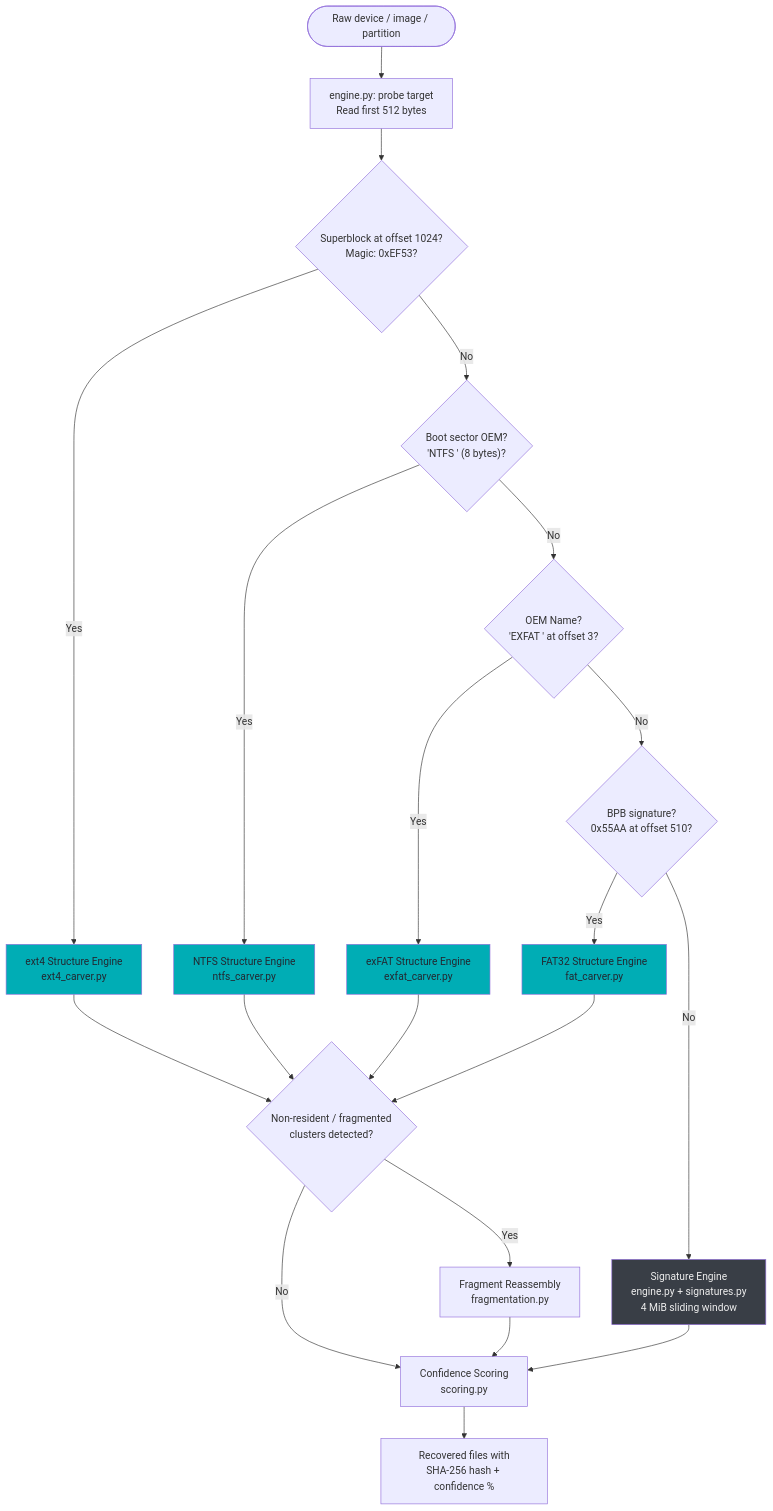
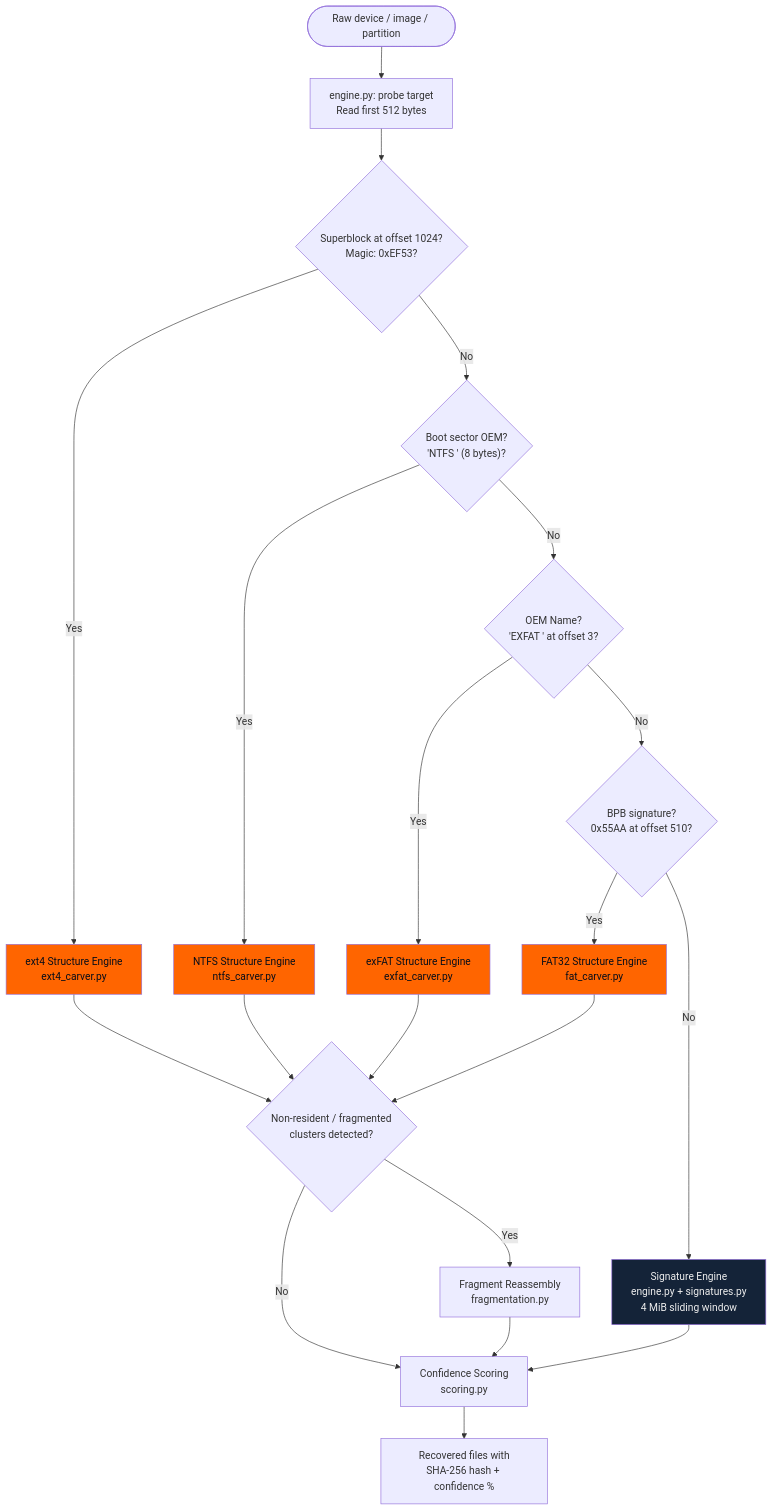
One commit to kartik2005221/s0 changed the fourth of 6 diagrams in docs/architecture/system-architecture.md. Above: the diagram before and after it, drawn with Mermaid. The commit also changed other lines of this file, not shown here.

Commit message:
docs(architecture): update tool_version to v2.4.3 and align palette

````diff
--- a/docs/architecture/system-architecture.md
+++ b/docs/architecture/system-architecture.md
@@ -300,33 +300,33 @@
 ```mermaid
 flowchart TD
     INPUT(["Raw device / image / partition"]) --> PROBE["engine.py: probe target\nRead first 512 bytes"]
 
     PROBE --> EXT4{"Superblock at offset 1024?\nMagic: 0xEF53?"}
     EXT4 -- Yes --> E1["ext4 Structure Engine\next4_carver.py"]
 
     EXT4 -- No --> NTFS{"Boot sector OEM?\n'NTFS    ' (8 bytes)?"}
     NTFS -- Yes --> E2["NTFS Structure Engine\nntfs_carver.py"]
 
     NTFS -- No --> EXFAT{"OEM Name?\n'EXFAT   ' at offset 3?"}
     EXFAT -- Yes --> E3["exFAT Structure Engine\nexfat_carver.py"]
 
     EXFAT -- No --> FAT{"BPB signature?\n0x55AA at offset 510?"}
     FAT -- Yes --> E4["FAT32 Structure Engine\nfat_carver.py"]
 
     FAT -- No --> E5["Signature Engine\nengine.py + signatures.py\n4 MiB sliding window"]
 
     E1 & E2 & E3 & E4 --> FRAG{"Non-resident / fragmented\nclusters detected?"}
     FRAG -- Yes --> REASSEMBLE["Fragment Reassembly\nfragmentation.py"]
     FRAG -- No --> SCORE
 
     REASSEMBLE --> SCORE
 
     E5 --> SCORE["Confidence Scoring\nscoring.py"]
     SCORE --> OUTPUT["Recovered files with\nSHA-256 hash + confidence %"]
 
-    style E1 fill:#00ADB5,color:#222831
-    style E2 fill:#00ADB5,color:#222831
-    style E3 fill:#00ADB5,color:#222831
-    style E4 fill:#00ADB5,color:#222831
-    style E5 fill:#393E46,color:#EEEEEE
+    style E1 fill:#FF6500,color:#070D18
+    style E2 fill:#FF6500,color:#070D18
+    style E3 fill:#FF6500,color:#070D18
+    style E4 fill:#FF6500,color:#070D18
+    style E5 fill:#142338,color:#EEEEEE
 ```
````
